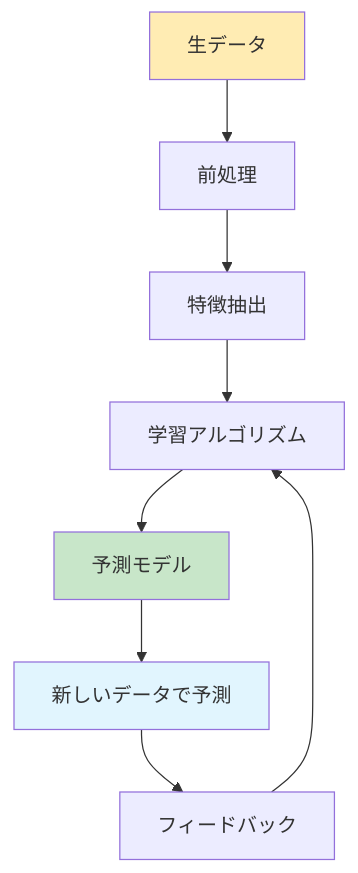
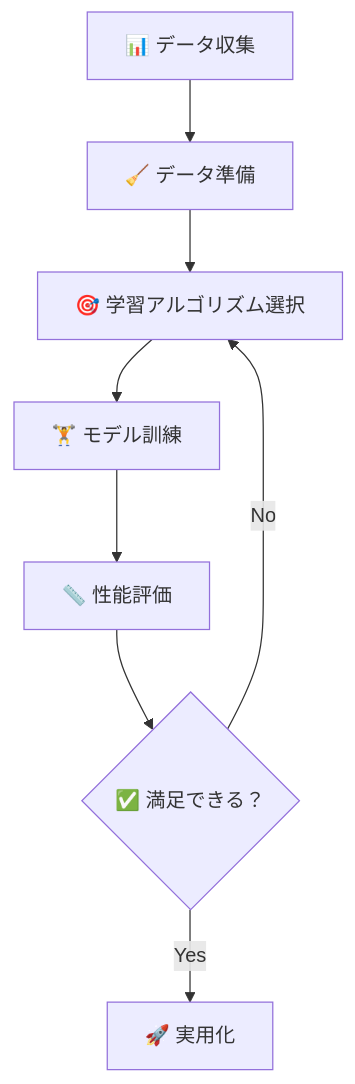
Before and after one commit to SparklingDetergent/doc_genai_mental_model: the second of 13 diagrams in AI/Machine_Learning.md, drawn with Mermaid. The commit also changed other lines of this file, not shown here.

````diff
--- a/AI/Machine_Learning.md
+++ b/AI/Machine_Learning.md
@@ -56,15 +45,14 @@
 ```mermaid
 flowchart TD
-    A[生データ] --> B[前処理]
-    B --> C[特徴抽出]
-    C --> D[学習アルゴリズム]
-    D --> E[予測モデル]
-    E --> F[新しいデータで予測]
+    A[📊 データ収集] --> B[🧹 データ準備]
+    B --> C[🎯 学習アルゴリズム選択]
+    C --> D[🏋️ モデル訓練]
+    D --> E[📏 性能評価]
+    E --> F{✅ 満足できる？}
+    F -->|No| C
+    F -->|Yes| G[🚀 実用化]
     
-    G[フィードバック] --> D
-    F --> G
-    
-    style A fill:#ffecb3
-    style E fill:#c8e6c9
-    style F fill:#e1f5fe
+    click A "/docs/data-collection.md" "データ収集の方法"
+    click D "/docs/model-training.md" "モデル訓練の詳細"
+    click G "/docs/deployment.md" "実用化のステップ"
 ```
````
